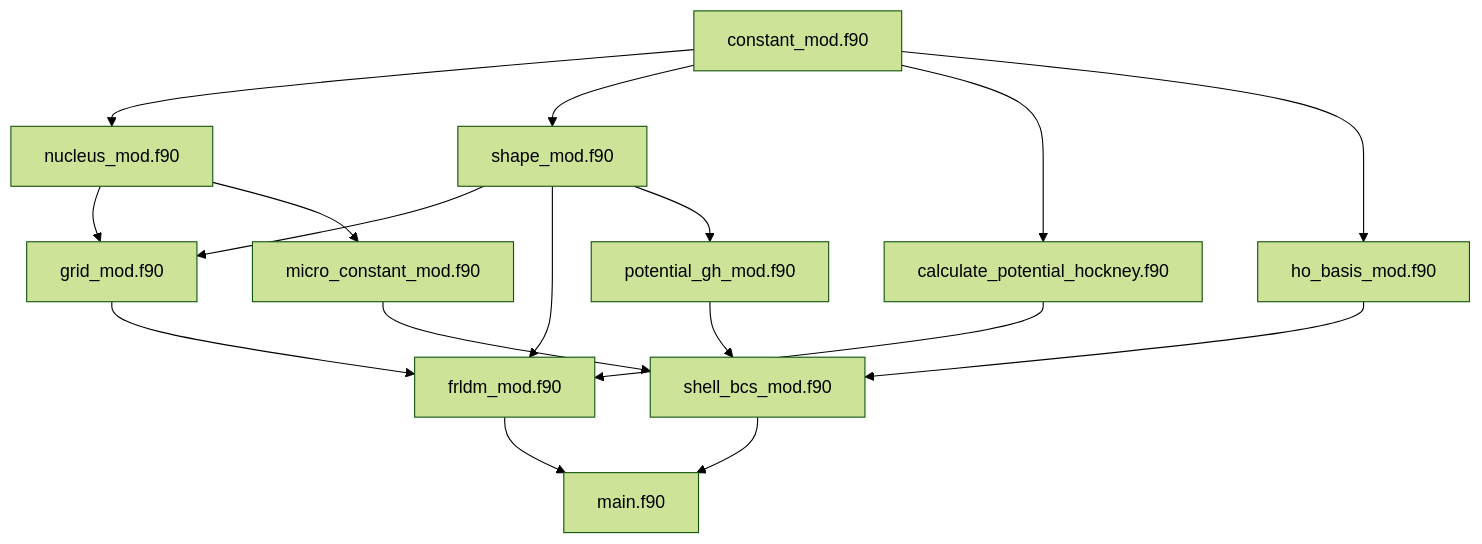
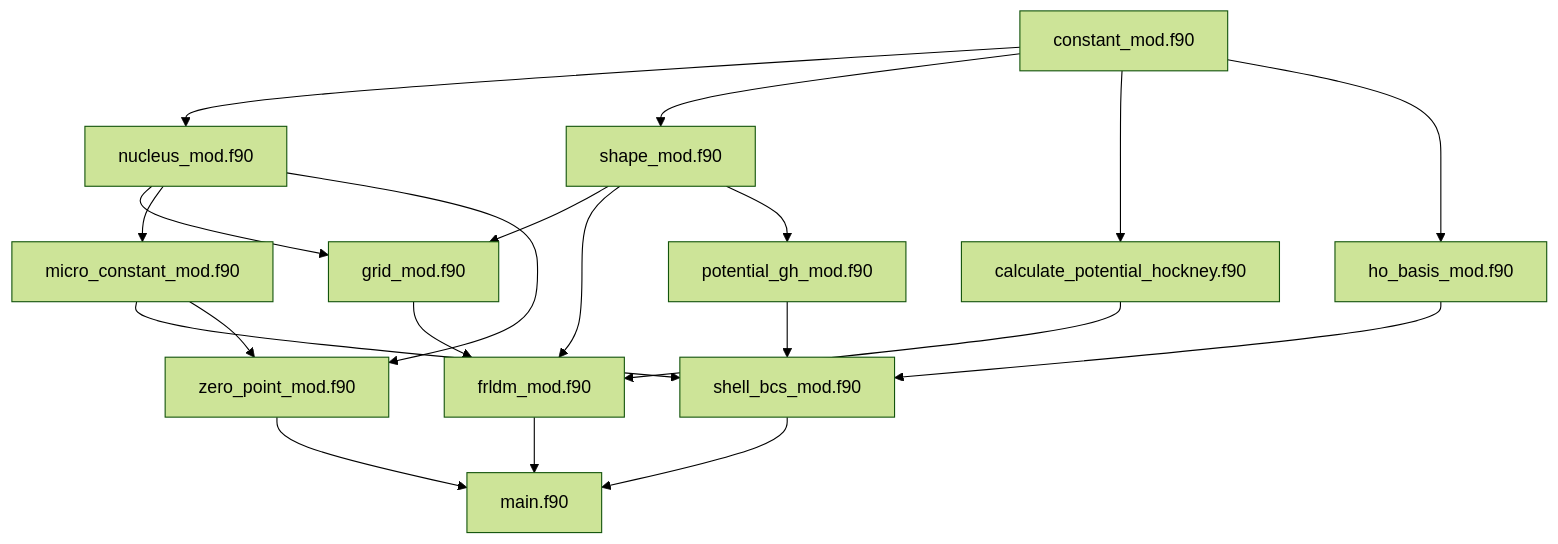
One commit to tanamarugithuber/Microscopic-Macroscopic- changed the first of 2 diagrams in README.md. Above: the diagram before and after it, drawn with Mermaid (forest theme). The commit also changed other lines of this file, not shown here.

First line of the commit message:
README: explain the octupole eps3 / eps1 and the zero-point energy

````diff
--- a/README.md
+++ b/README.md
@@ -81,19 +82,22 @@
 ```mermaid
 graph TD;
     constant_mod.f90-->nucleus_mod.f90;
     constant_mod.f90-->shape_mod.f90;
     nucleus_mod.f90-->grid_mod.f90;
     shape_mod.f90-->grid_mod.f90;
     grid_mod.f90-->frldm_mod.f90;
     shape_mod.f90-->frldm_mod.f90;
     calculate_potential_hockney.f90-->frldm_mod.f90;
     constant_mod.f90-->calculate_potential_hockney.f90;
     constant_mod.f90-->ho_basis_mod.f90;
     shape_mod.f90-->potential_gh_mod.f90;
     nucleus_mod.f90-->micro_constant_mod.f90;
     micro_constant_mod.f90-->shell_bcs_mod.f90;
     ho_basis_mod.f90-->shell_bcs_mod.f90;
     potential_gh_mod.f90-->shell_bcs_mod.f90;
+    nucleus_mod.f90-->zero_point_mod.f90;
+    micro_constant_mod.f90-->zero_point_mod.f90;
     frldm_mod.f90-->main.f90;
     shell_bcs_mod.f90-->main.f90;
+    zero_point_mod.f90-->main.f90;
 ```
````
